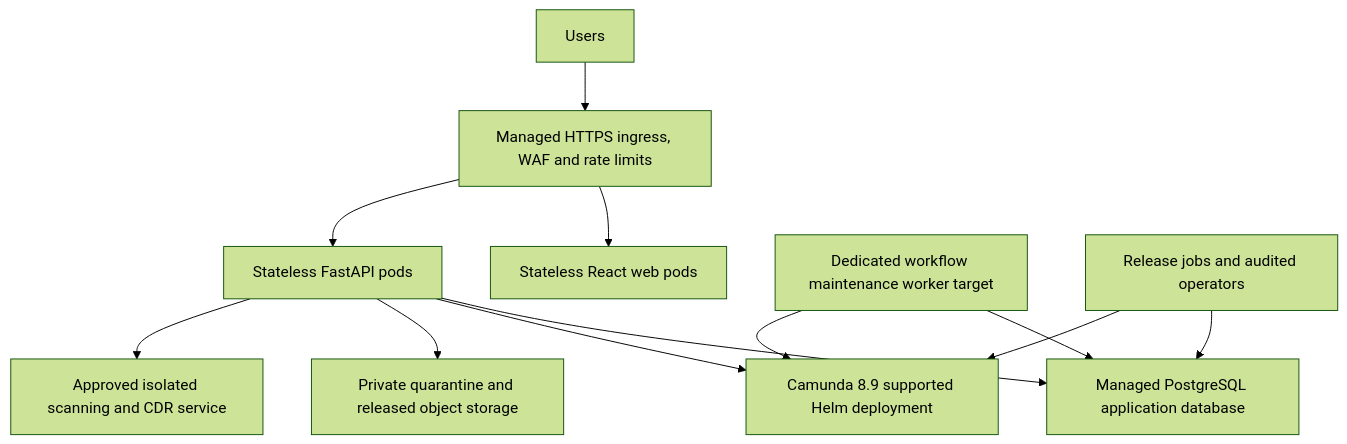
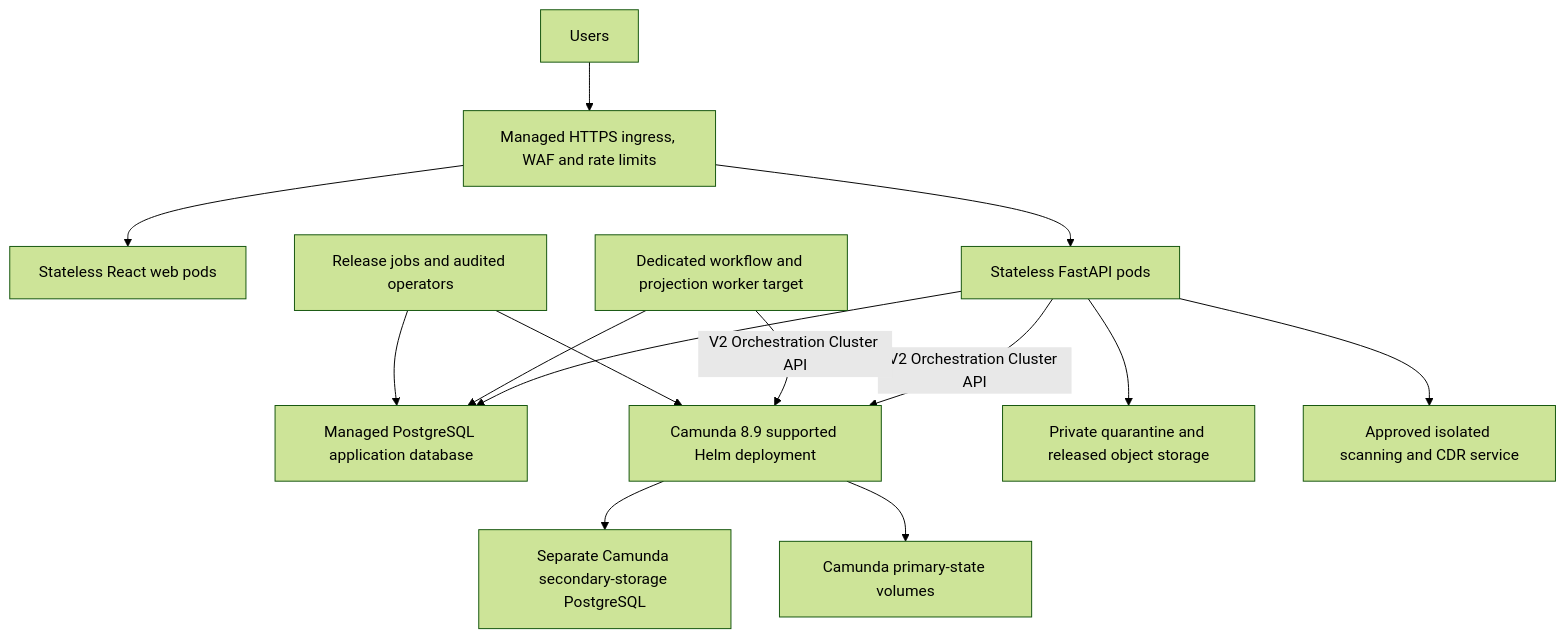
The diagram in docs/deployment/KUBERNETES_TARGET.md (ShabalalaWATP/Reon), drawn with Mermaid (forest theme) before and after one commit. The commit also changed other lines of this file and 258 other files, not shown here.

````diff
--- a/docs/deployment/KUBERNETES_TARGET.md
+++ b/docs/deployment/KUBERNETES_TARGET.md
@@ -13,14 +14,16 @@
 ```mermaid
 flowchart TB
     User["Users"] --> Edge["Managed HTTPS ingress, WAF and rate limits"]
     Edge --> Web["Stateless React web pods"]
     Edge --> API["Stateless FastAPI pods"]
     API --> AppDB["Managed PostgreSQL application database"]
-    API --> Camunda["Camunda 8.9 supported Helm deployment"]
+    API -->|"V2 Orchestration Cluster API"| Camunda["Camunda 8.9 supported Helm deployment"]
+    Camunda --> CamundaDB["Separate Camunda secondary-storage PostgreSQL"]
+    Camunda --> CamundaPrimary["Camunda primary-state volumes"]
     API --> Objects["Private quarantine and released object storage"]
     API --> Scanner["Approved isolated scanning and CDR service"]
-    Worker["Dedicated workflow maintenance worker target"] --> AppDB
-    Worker --> Camunda
+    Worker["Dedicated workflow and projection worker target"] --> AppDB
+    Worker -->|"V2 Orchestration Cluster API"| Camunda
     Operator["Release jobs and audited operators"] --> AppDB
     Operator --> Camunda
 ```
````
